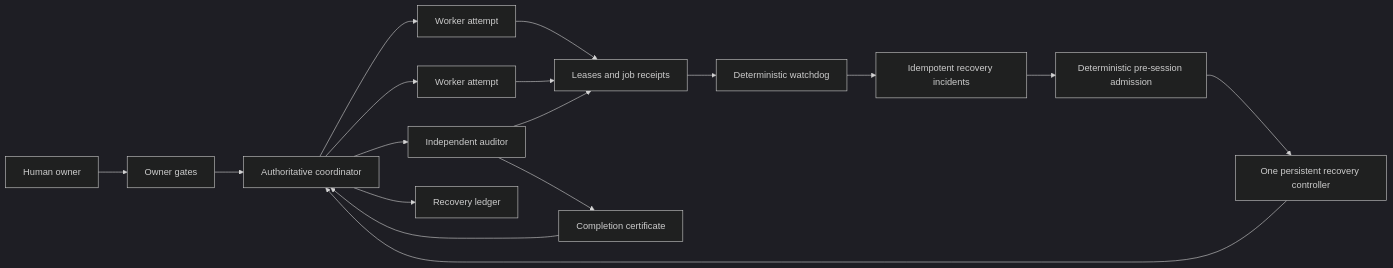
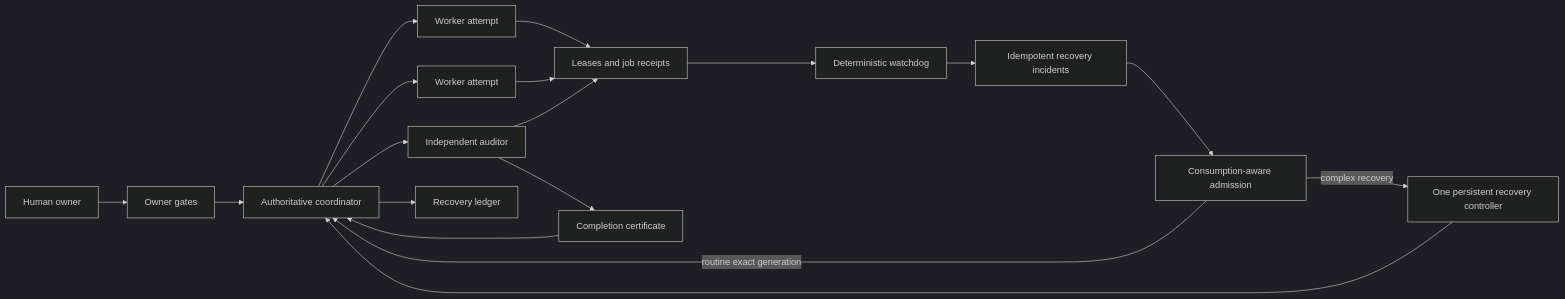
Before and after one commit to razumv/craft-protocol: the diagram in README.md, drawn with Mermaid (dark theme). The commit also changed other lines of this file and 21 other files, not shown here.

First line of the commit message:
feat: add consumption-aware controller liveness

````diff
--- a/README.md
+++ b/README.md
@@ -29,19 +29,20 @@
 ```mermaid
 graph LR
     O[Human owner] --> G[Owner gates]
     G --> C[Authoritative coordinator]
     C --> W1[Worker attempt]
     C --> W2[Worker attempt]
     C --> A[Independent auditor]
     W1 --> L[Leases and job receipts]
     W2 --> L
     A --> L
     L --> D[Deterministic watchdog]
     D --> I[Idempotent recovery incidents]
-    I --> P[Deterministic pre-session admission]
-    P --> H[One persistent recovery controller]
+    I --> P[Consumption-aware admission]
+    P -->|routine exact generation| C
+    P -->|complex recovery| H[One persistent recovery controller]
     H --> C
     C --> R[Recovery ledger]
     A --> X[Completion certificate]
     X --> C
 ```
````
